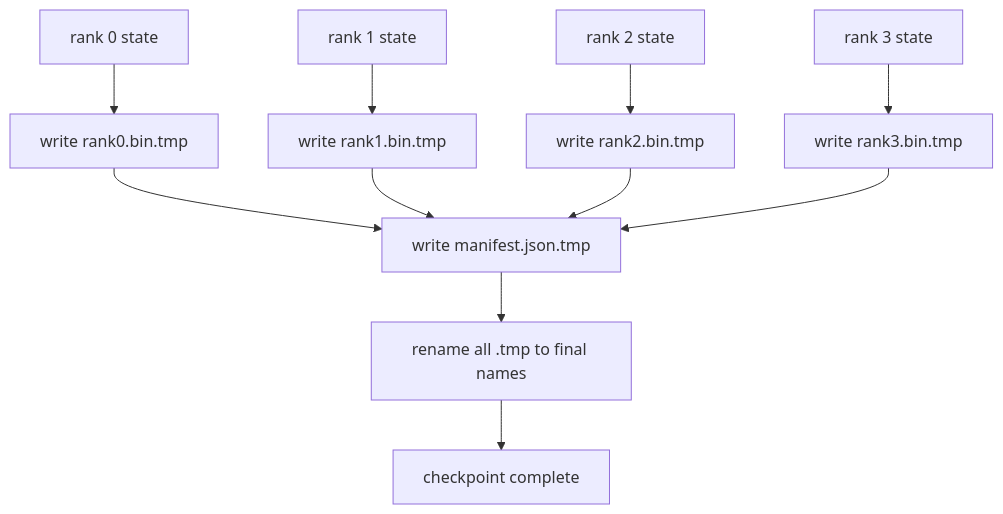
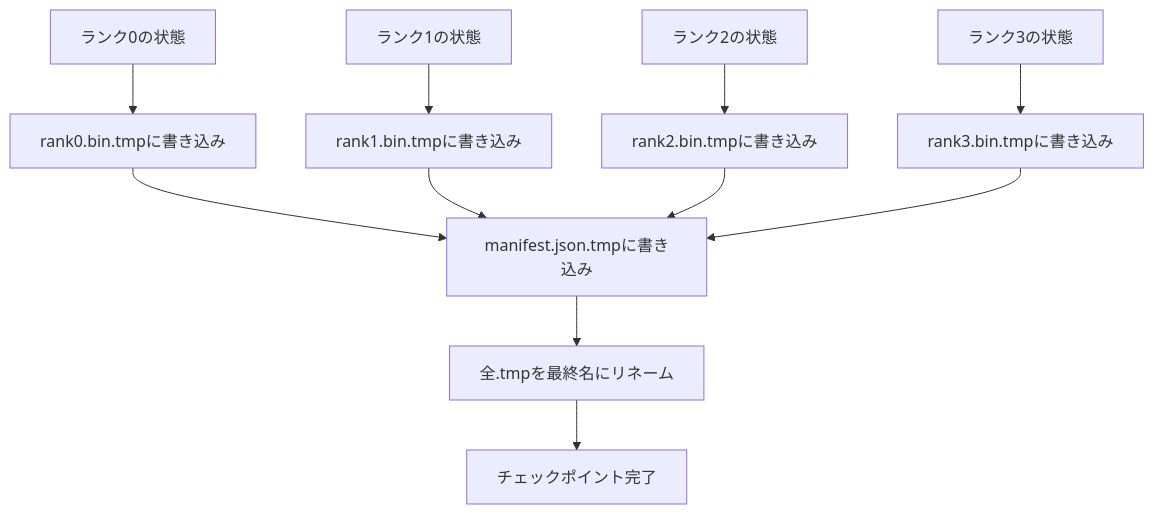
One commit to shoshoshomen/synapse-academy changed the diagram in content/phases/19-capstone-projects/80-checkpoint-sharded-resume/lesson.ja.md. Above: the diagram before and after it, drawn with Mermaid. The commit also changed 124 other files, not shown here.

First line of the commit message:
feat(i18n): mermaid図のラベルを日本語化(194レッスン/374図)

````diff
--- a/content/phases/19-capstone-projects/80-checkpoint-sharded-resume/lesson.ja.md
+++ b/content/phases/19-capstone-projects/80-checkpoint-sharded-resume/lesson.ja.md
@@ -21,10 +21,10 @@
 ```mermaid
 flowchart TD
-  S0[rank 0 state] --> W0[write rank0.bin.tmp]
-  S1[rank 1 state] --> W1[write rank1.bin.tmp]
-  S2[rank 2 state] --> W2[write rank2.bin.tmp]
-  S3[rank 3 state] --> W3[write rank3.bin.tmp]
-  W0 & W1 & W2 & W3 --> M[write manifest.json.tmp]
-  M --> R[rename all .tmp to final names]
-  R --> Done[checkpoint complete]
+  S0["ランク0の状態"] --> W0["rank0.bin.tmpに書き込み"]
+  S1["ランク1の状態"] --> W1["rank1.bin.tmpに書き込み"]
+  S2["ランク2の状態"] --> W2["rank2.bin.tmpに書き込み"]
+  S3["ランク3の状態"] --> W3["rank3.bin.tmpに書き込み"]
+  W0 & W1 & W2 & W3 --> M["manifest.json.tmpに書き込み"]
+  M --> R["全.tmpを最終名にリネーム"]
+  R --> Done["チェックポイント完了"]
 ```
````
